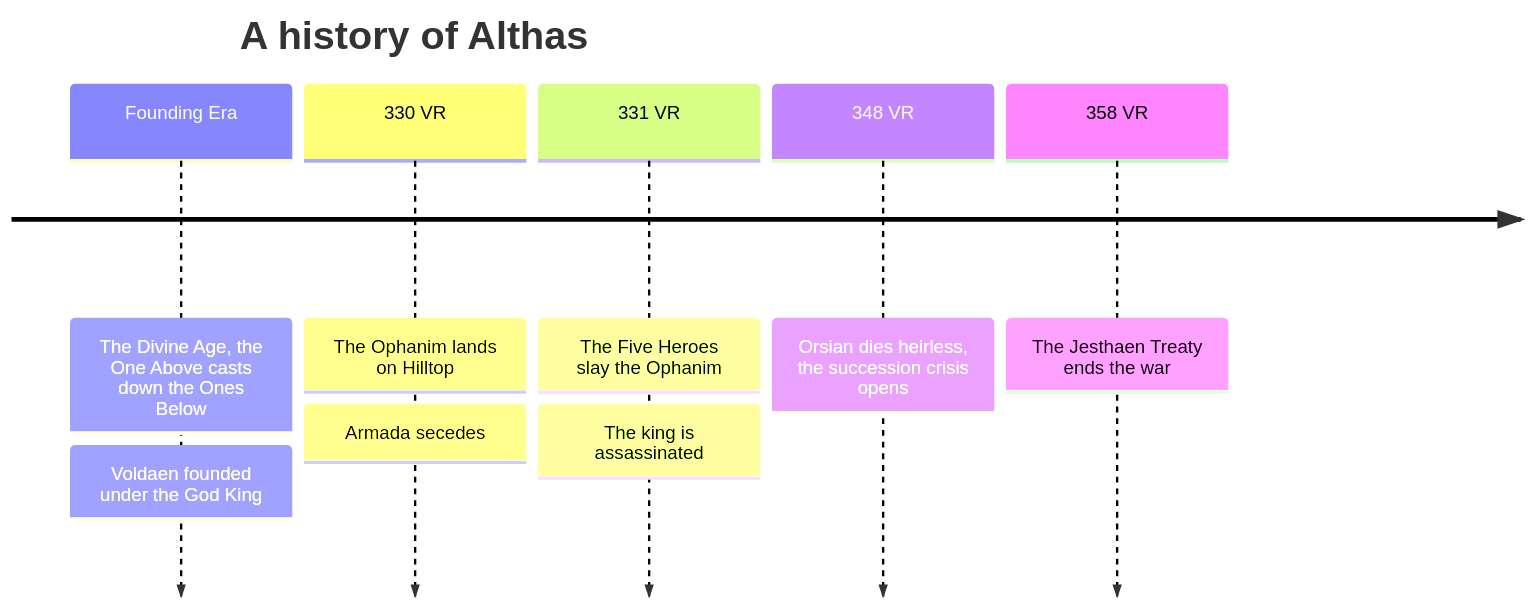
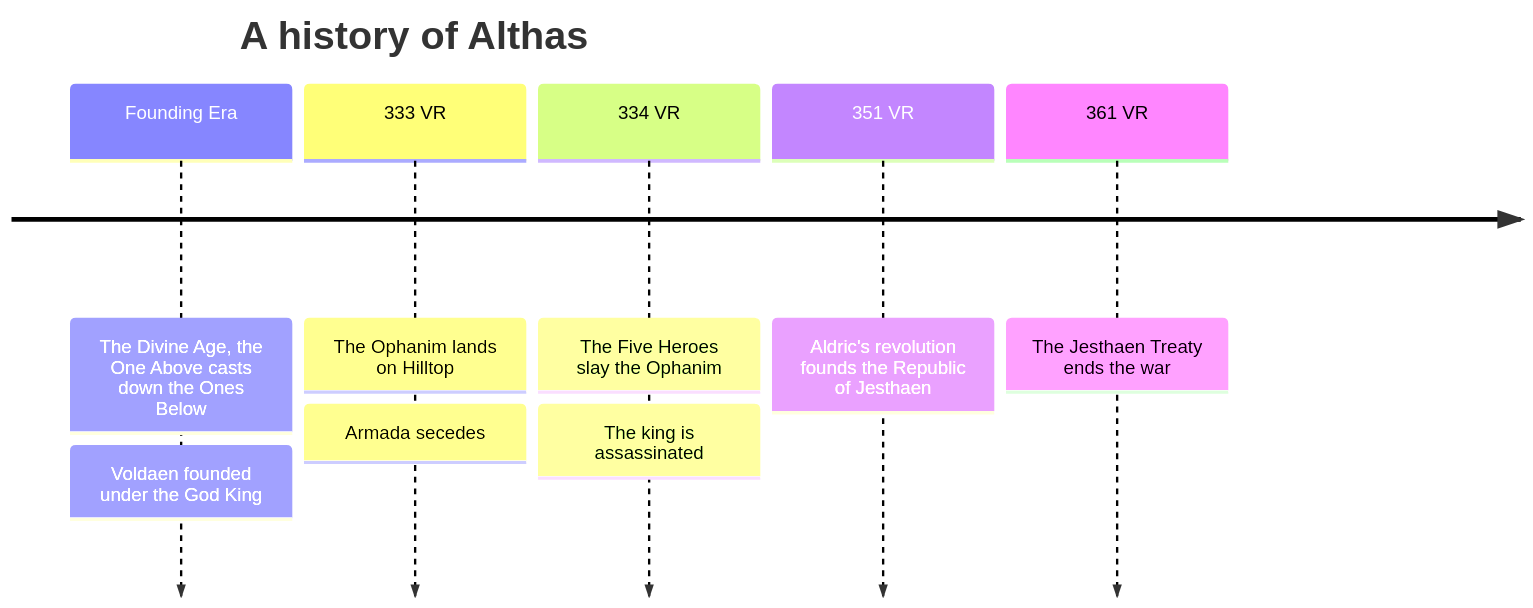
The diagram in content/setting/timeline.md (EgoAlt/althas-wiki), drawn with Mermaid before and after one commit. The commit also changed other lines of this file and 30 other files, not shown here.

First line of the commit message:
Voldis history overhaul: succession recast, ancient line + king pages, +3 VR timeline shift, portraits

````diff
--- a/content/setting/timeline.md
+++ b/content/setting/timeline.md
@@ -11,9 +11,9 @@
 ```mermaid
 timeline
     title A history of Althas
     Founding Era : The Divine Age, the One Above casts down the Ones Below : Voldaen founded under the God King
-    330 VR : The Ophanim lands on Hilltop : Armada secedes
-    331 VR : The Five Heroes slay the Ophanim : The king is assassinated
-    348 VR : Orsian dies heirless, the succession crisis opens
-    358 VR : The Jesthaen Treaty ends the war
+    333 VR : The Ophanim lands on Hilltop : Armada secedes
+    334 VR : The Five Heroes slay the Ophanim : The king is assassinated
+    351 VR : Aldric's revolution founds the Republic of Jesthaen
+    361 VR : The Jesthaen Treaty ends the war
 ```
````
